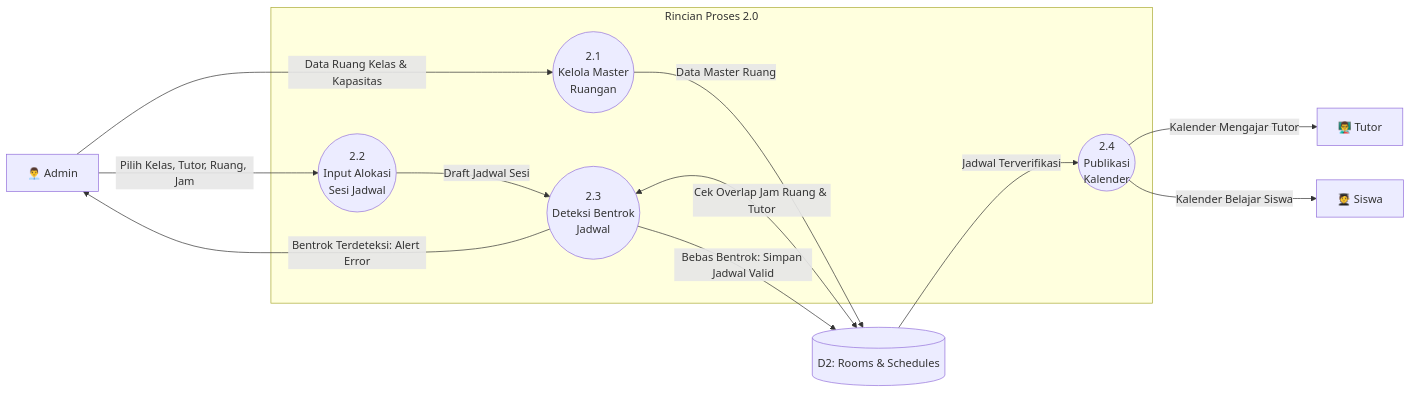
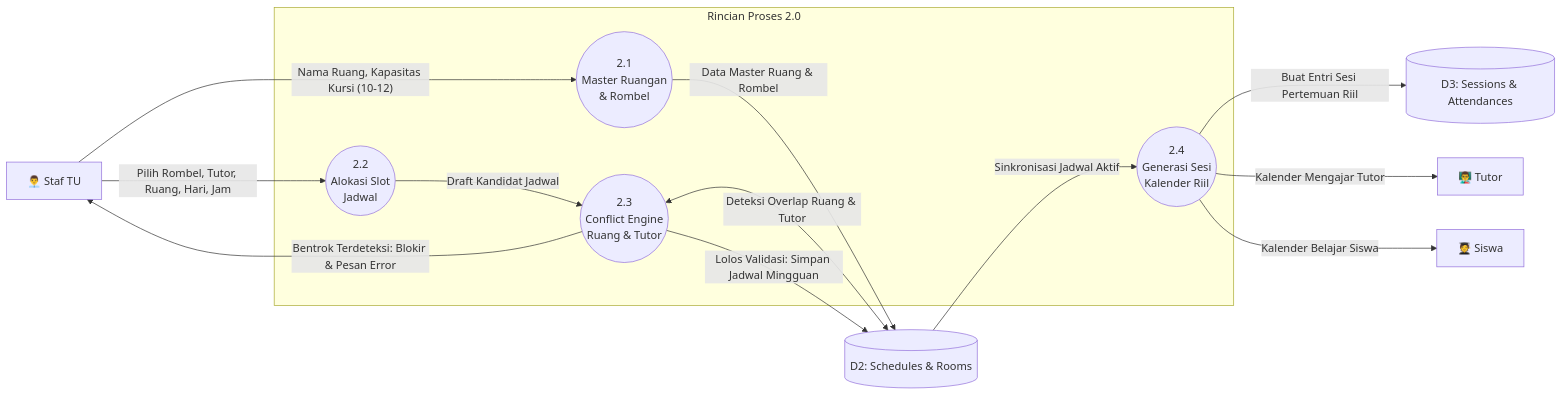
One commit to mohyusfi/bimbel-rpl changed the second of 5 diagrams in dfd/dfd_level_2.md. Above: the diagram before and after it, drawn with Mermaid. The commit also changed other lines of this file and 30 other files, not shown here.

````diff
--- a/dfd/dfd_level_2.md
+++ b/dfd/dfd_level_2.md
@@ -58,32 +61,34 @@
 ```mermaid
 flowchart LR
-    Admin["👨‍💼 Admin"]
+    Admin["👨‍💼 Staf TU"]
     Tutor["👨‍🏫 Tutor"]
     Siswa["🧑‍🎓 Siswa"]
-    D2[("D2: Rooms & Schedules")]
+    D2[("D2: Schedules & Rooms")]
+    D3[("D3: Sessions & Attendances")]
 
     subgraph P2_Sub["Rincian Proses 2.0"]
-        P2_1(("2.1<br/>Kelola Master<br/>Ruangan"))
-        P2_2(("2.2<br/>Input Alokasi<br/>Sesi Jadwal"))
-        P2_3(("2.3<br/>Deteksi Bentrok<br/>Jadwal"))
-        P2_4(("2.4<br/>Publikasi<br/>Kalender"))
+        P2_1(("2.1<br/>Master Ruangan<br/>& Rombel"))
+        P2_2(("2.2<br/>Alokasi Slot<br/>Jadwal"))
+        P2_3(("2.3<br/>Conflict Engine<br/>Ruang & Tutor"))
+        P2_4(("2.4<br/>Generasi Sesi<br/>Kalender Riil"))
     end
 
     %% 2.1
-    Admin -->|"Data Ruang Kelas & Kapasitas"| P2_1
-    P2_1 -->|"Data Master Ruang"| D2
+    Admin -->|"Nama Ruang, Kapasitas Kursi (10-12)"| P2_1
+    P2_1 -->|"Data Master Ruang & Rombel"| D2
 
     %% 2.2
-    Admin -->|"Pilih Kelas, Tutor, Ruang, Jam"| P2_2
-    P2_2 -->|"Draft Jadwal Sesi"| P2_3
+    Admin -->|"Pilih Rombel, Tutor, Ruang, Hari, Jam"| P2_2
+    P2_2 -->|"Draft Kandidat Jadwal"| P2_3
 
     %% 2.3
-    P2_3 <-->|"Cek Overlap Jam Ruang & Tutor"| D2
-    P2_3 -->|"Bentrok Terdeteksi: Alert Error"| Admin
-    P2_3 -->|"Bebas Bentrok: Simpan Jadwal Valid"| D2
+    P2_3 <-->|"Deteksi Overlap Ruang & Tutor"| D2
+    P2_3 -->|"Bentrok Terdeteksi: Blokir & Pesan Error"| Admin
+    P2_3 -->|"Lolos Validasi: Simpan Jadwal Mingguan"| D2
 
     %% 2.4
-    D2 -->|"Jadwal Terverifikasi"| P2_4
+    D2 -->|"Sinkronisasi Jadwal Aktif"| P2_4
+    P2_4 -->|"Buat Entri Sesi Pertemuan Riil"| D3
     P2_4 -->|"Kalender Mengajar Tutor"| Tutor
     P2_4 -->|"Kalender Belajar Siswa"| Siswa
 ```
````
